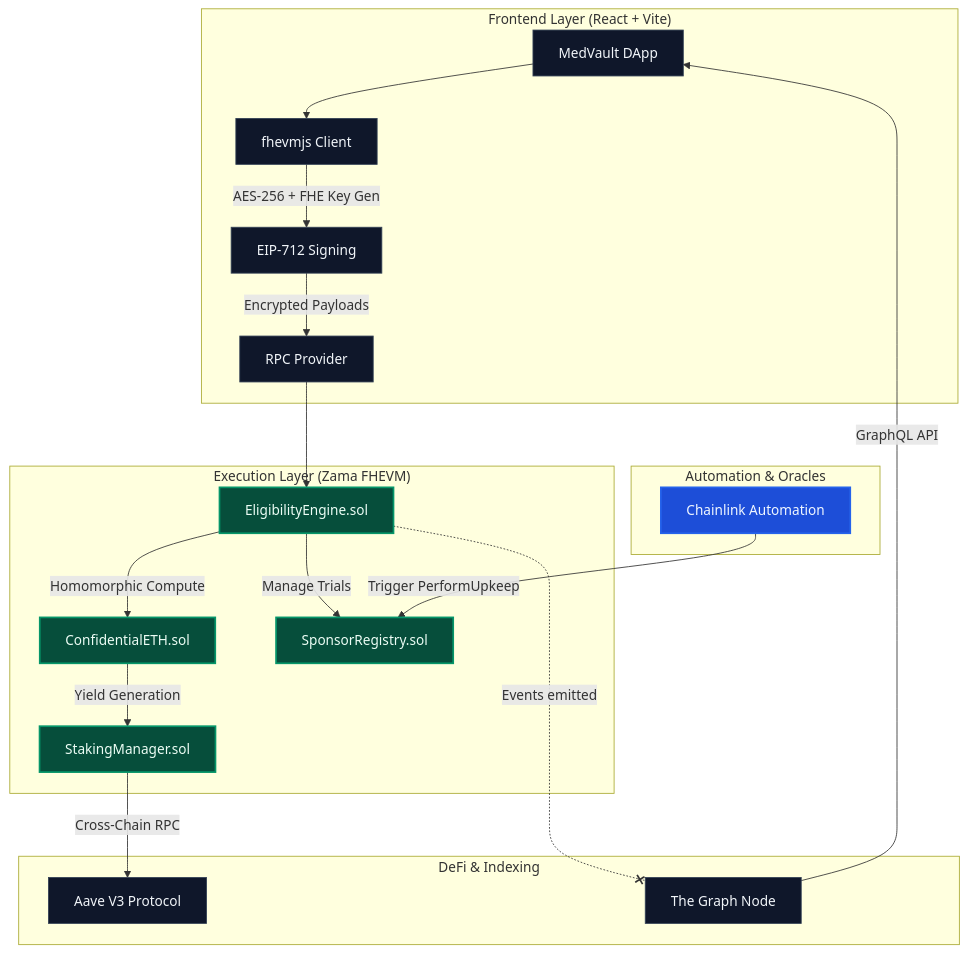
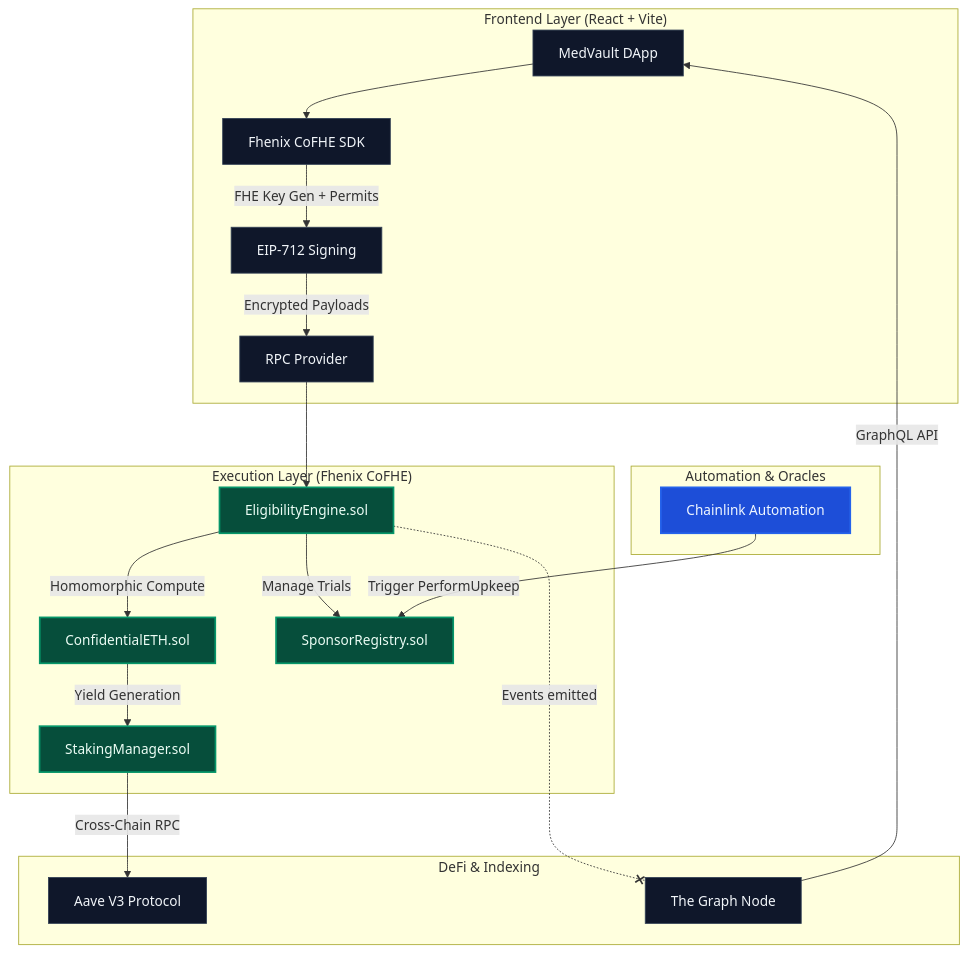
One commit to shery8595/Medvault changed the first of 6 diagrams in README.md. Above: the diagram before and after it, drawn with Mermaid. The commit also changed other lines of this file and 104 other files, not shown here.

````diff
--- a/README.md
+++ b/README.md
@@ -18,31 +18,31 @@
 ```mermaid
 graph TD
     subgraph "Frontend Layer (React + Vite)"
-        A[MedVault DApp] --> B[fhevmjs Client]
-        B -->|AES-256 + FHE Key Gen| C[EIP-712 Signing]
+        A[MedVault DApp] --> B[Fhenix CoFHE SDK]
+        B -->|FHE Key Gen + Permits| C[EIP-712 Signing]
         C -->|Encrypted Payloads| D[RPC Provider]
     end
     
-    subgraph "Execution Layer (Zama FHEVM)"
+    subgraph "Execution Layer (Fhenix CoFHE)"
         D --> E[EligibilityEngine.sol]
         E -->|Homomorphic Compute| F[ConfidentialETH.sol]
         E -->|Manage Trials| H[SponsorRegistry.sol]
         F -->|Yield Generation| G[StakingManager.sol]
     end
     
     subgraph "DeFi & Indexing"
         G -->|Cross-Chain RPC| I[Aave V3 Protocol]
         E .-x|Events emitted| J[The Graph Node]
         J -->|GraphQL API| A
     end
-
+    
     subgraph "Automation & Oracles"
         K[Chainlink Automation] -->|Trigger PerformUpkeep| H
     end
 
     classDef default fill:#0f172a,stroke:#334155,stroke-width:1px,color:#f1f5f9;
-    classDef zama fill:#064e3b,stroke:#059669,stroke-width:2px,color:#ecfdf5;
+    classDef fhenix fill:#064e3b,stroke:#059669,stroke-width:2px,color:#ecfdf5;
     classDef link fill:#1d4ed8,stroke:#2563eb,stroke-width:2px,color:#eff6ff;
-    class E,F,G,H zama
+    class E,F,G,H fhenix
     class K link
 ```
````
